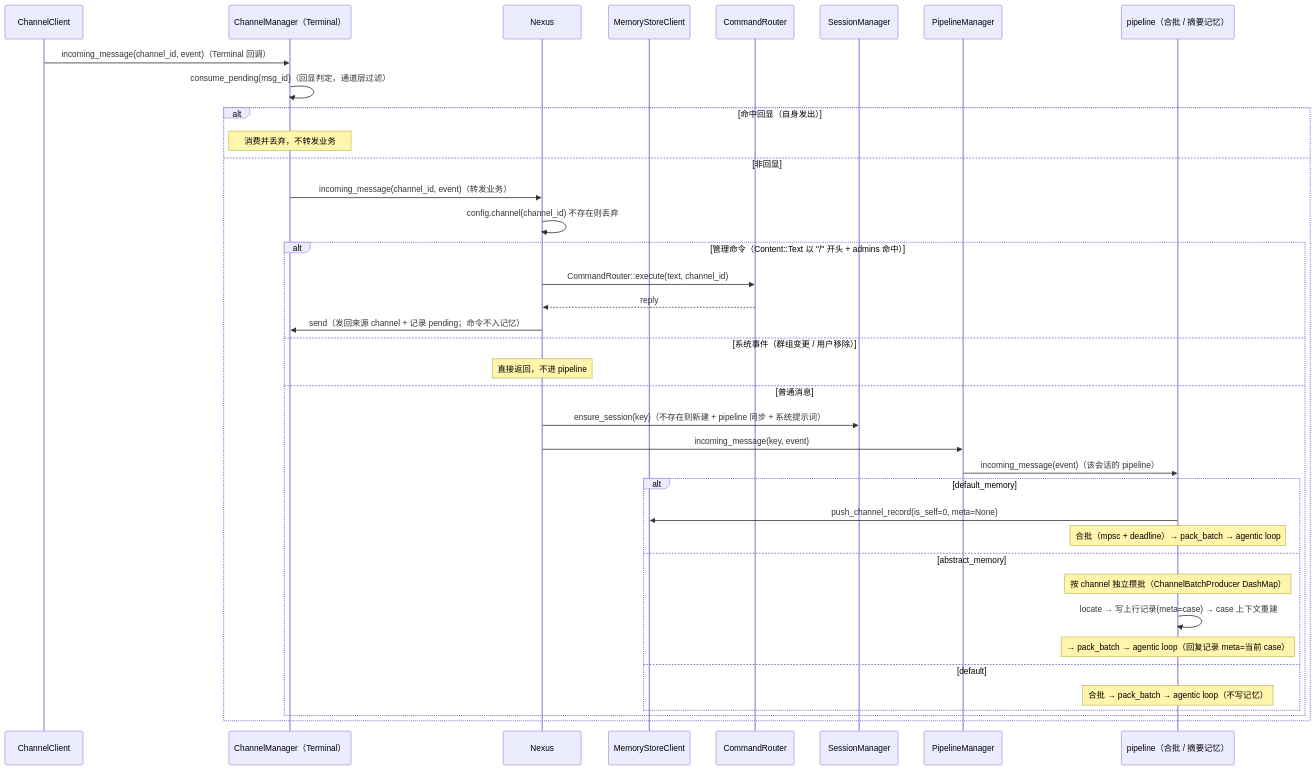
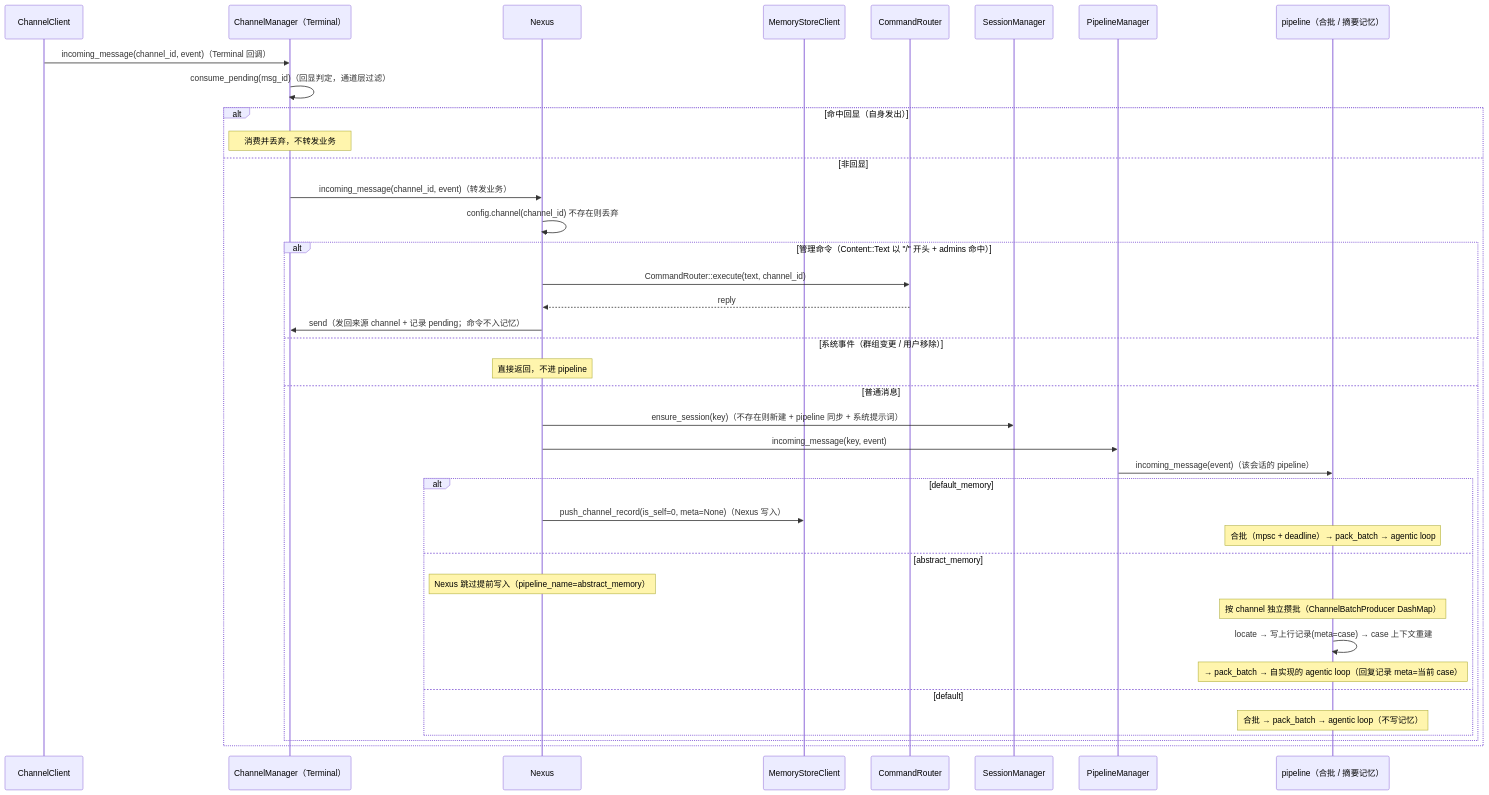
The third of 5 diagrams in docs/spec/agent-modules.md (coldcloude/kissbot), drawn with Mermaid before and after one commit. The commit also changed other lines of this file and 7 other files, not shown here.

First line of the commit message:
按评审意见重构摘要记忆 pipeline：自包含实现、pipelines.rs 还原、消息入口改 Arc<Self>

````diff
--- a/docs/spec/agent-modules.md
+++ b/docs/spec/agent-modules.md
@@ -140,41 +140,42 @@
 ```mermaid
 sequenceDiagram
     participant CC as ChannelClient
     participant CHM as ChannelManager（Terminal）
     participant CO as Nexus
     participant MSC as MemoryStoreClient
     participant CRT as CommandRouter
     participant SM as SessionManager
     participant PLS as PipelineManager
     participant IP as pipeline（合批 / 摘要记忆）
 
     CC->>CHM: incoming_message(channel_id, event)（Terminal 回调）
     CHM->>CHM: consume_pending(msg_id)（回显判定，通道层过滤）
     alt 命中回显（自身发出）
         Note over CHM: 消费并丢弃，不转发业务
     else 非回显
         CHM->>CO: incoming_message(channel_id, event)（转发业务）
         CO->>CO: config.channel(channel_id) 不存在则丢弃
         alt 管理命令（Content::Text 以 "/" 开头 + admins 命中）
             CO->>CRT: CommandRouter::execute(text, channel_id)
             CRT-->>CO: reply
             CO->>CHM: send（发回来源 channel + 记录 pending；命令不入记忆）
         else 系统事件（群组变更 / 用户移除）
             Note over CO: 直接返回，不进 pipeline
         else 普通消息
             CO->>SM: ensure_session(key)（不存在则新建 + pipeline 同步 + 系统提示词）
             CO->>PLS: incoming_message(key, event)
             PLS->>IP: incoming_message(event)（该会话的 pipeline）
             alt default_memory
-                IP->>MSC: push_channel_record(is_self=0, meta=None)
+                CO->>MSC: push_channel_record(is_self=0, meta=None)（Nexus 写入）
                 Note over IP: 合批（mpsc + deadline）→ pack_batch → agentic loop
             else abstract_memory
+                Note over CO: Nexus 跳过提前写入（pipeline_name=abstract_memory）
                 Note over IP: 按 channel 独立攒批（ChannelBatchProducer DashMap）
                 IP->>IP: locate → 写上行记录(meta=case) → case 上下文重建
-                Note over IP: → pack_batch → agentic loop（回复记录 meta=当前 case）
+                Note over IP: → pack_batch → 自实现的 agentic loop（回复记录 meta=当前 case）
             else default
                 Note over IP: 合批 → pack_batch → agentic loop（不写记忆）
             end
         end
     end
 ```
````
